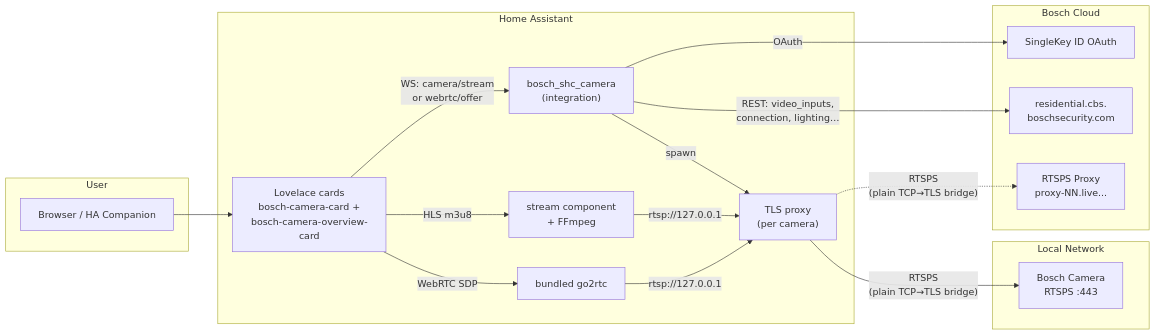
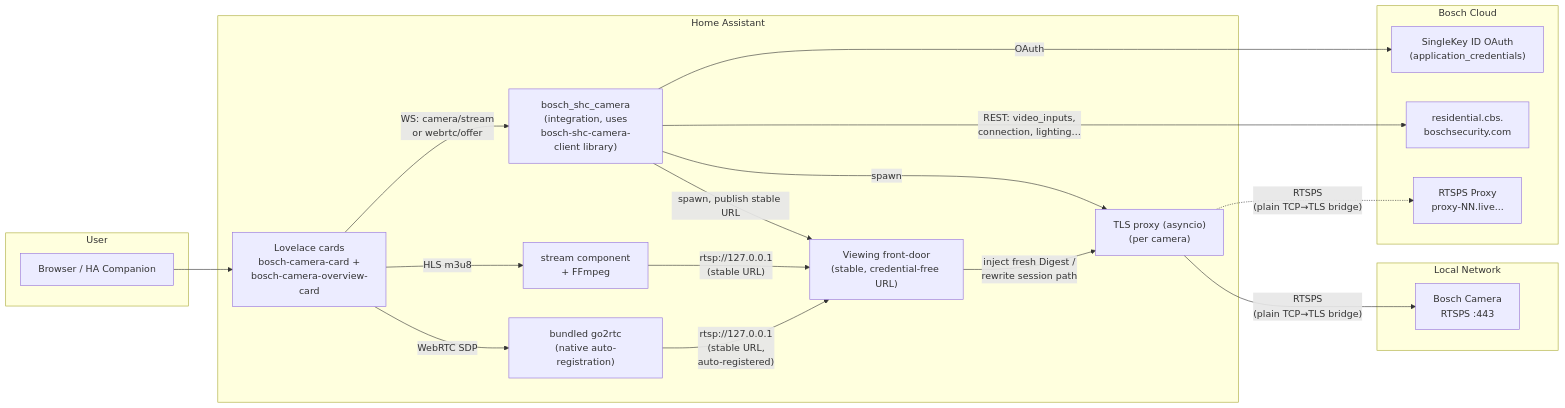
Before and after one commit to mosandlt/Bosch-Smart-Home-Camera-Tool-HomeAssistant: the first of 14 diagrams in README.md, drawn with Mermaid. The commit also changed other lines of this file and 56 other files, not shown here.

````diff
--- a/README.md
+++ b/README.md
@@ -299,33 +299,36 @@
 ```mermaid
 graph LR
     subgraph User["User"]
         B["Browser / HA Companion"]
     end
     subgraph HA["Home Assistant"]
         Card["Lovelace cards<br/>bosch-camera-card +<br/>bosch-camera-overview-card"]
-        Int["bosch_shc_camera<br/>(integration)"]
+        Int["bosch_shc_camera<br/>(integration, uses<br/>bosch-shc-camera-client library)"]
         Stream["stream component<br/>+ FFmpeg"]
-        G2["bundled go2rtc"]
-        TLS["TLS proxy<br/>(per camera)"]
+        G2["bundled go2rtc<br/>(native auto-registration)"]
+        FD["Viewing front-door<br/>(stable, credential-free URL)"]
+        TLS["TLS proxy (asyncio)<br/>(per camera)"]
     end
     subgraph LAN["Local Network"]
         Cam["Bosch Camera<br/>RTSPS :443"]
     end
     subgraph Cloud["Bosch Cloud"]
-        OAuth["SingleKey ID OAuth"]
+        OAuth["SingleKey ID OAuth<br/>(application_credentials)"]
         API["residential.cbs.<br/>boschsecurity.com"]
         CRP["RTSPS Proxy<br/>proxy-NN.live..."]
     end
 
     B --> Card
     Card -->|"WS: camera/stream<br/>or webrtc/offer"| Int
     Card -->|"HLS m3u8"| Stream
     Card -->|"WebRTC SDP"| G2
     Int -->|"OAuth"| OAuth
     Int -->|"REST: video_inputs,<br/>connection, lighting…"| API
     Int -->|"spawn"| TLS
+    Int -->|"spawn, publish stable URL"| FD
+    FD -->|"inject fresh Digest /<br/>rewrite session path"| TLS
     TLS -->|"RTSPS<br/>(plain TCP→TLS bridge)"| Cam
     TLS -.->|"RTSPS<br/>(plain TCP→TLS bridge)"| CRP
-    Stream -->|"rtsp://127.0.0.1"| TLS
-    G2 -->|"rtsp://127.0.0.1"| TLS
+    Stream -->|"rtsp://127.0.0.1<br/>(stable URL)"| FD
+    G2 -->|"rtsp://127.0.0.1<br/>(stable URL,<br/>auto-registered)"| FD
 ```
````
